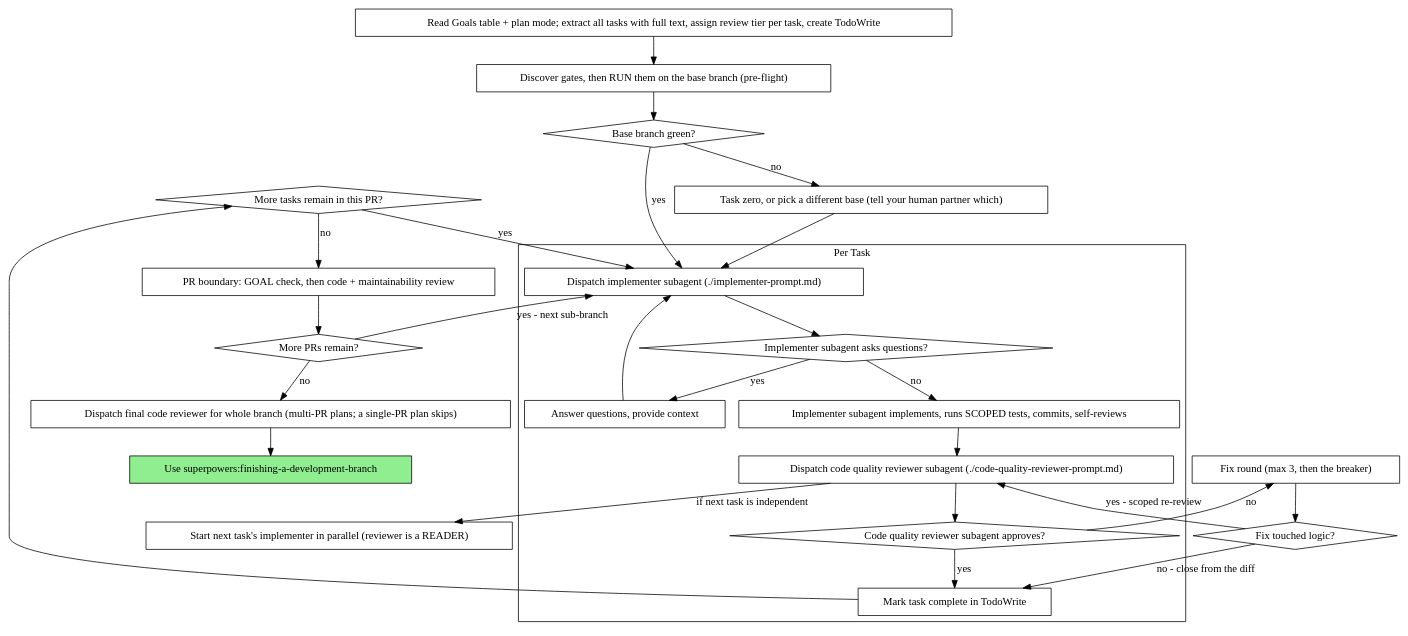
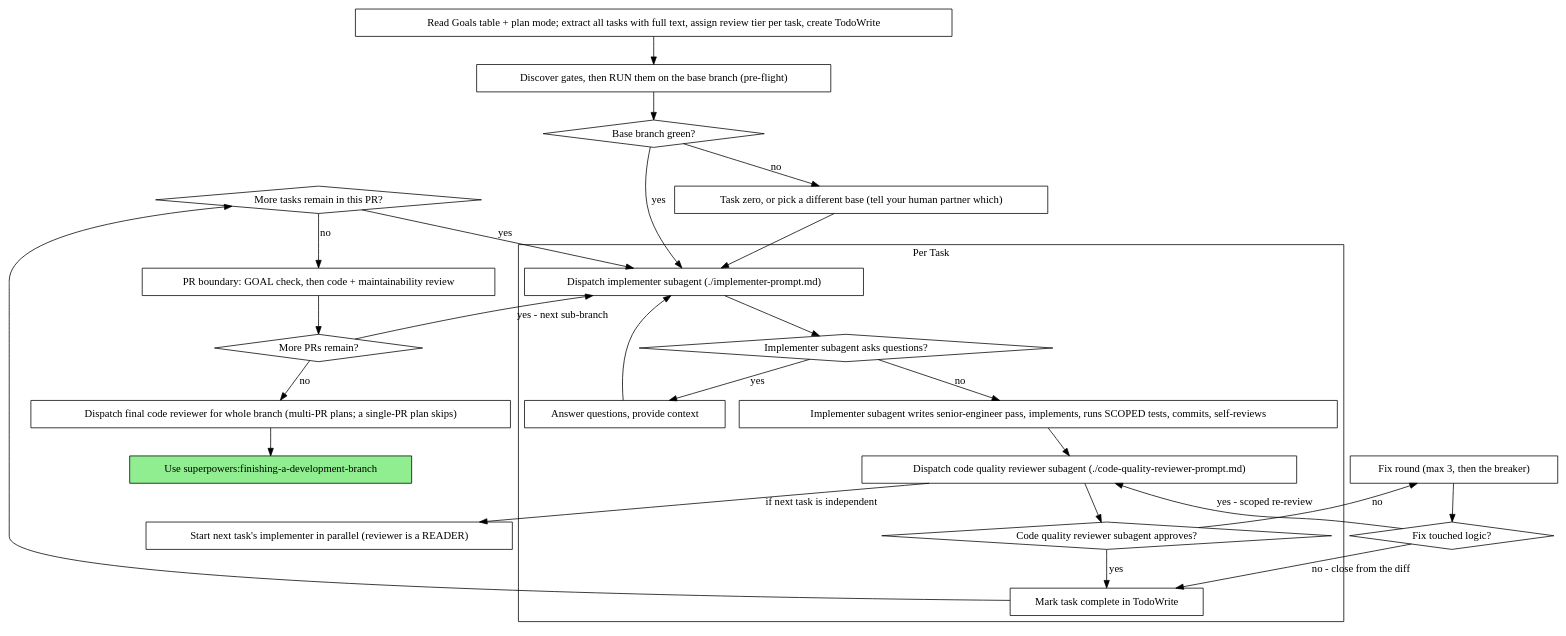
The second of 2 diagrams in skills/subagent-driven-development/SKILL.md (Fintama/swisper-superpowers), drawn with Graphviz before and after one commit. The commit also changed other lines of this file and 7 other files, not shown here.

First line of the commit message:
feat(skills): senior-engineer pass before code, in implementer, reviewer, TDD and brainstorming; release 1.9.0

````diff
--- a/skills/subagent-driven-development/SKILL.md
+++ b/skills/subagent-driven-development/SKILL.md
@@ -56,54 +56,54 @@
 ```dot
 digraph process {
     rankdir=TB;
 
     subgraph cluster_per_task {
         label="Per Task";
         "Dispatch implementer subagent (./implementer-prompt.md)" [shape=box];
         "Implementer subagent asks questions?" [shape=diamond];
         "Answer questions, provide context" [shape=box];
-        "Implementer subagent implements, runs SCOPED tests, commits, self-reviews" [shape=box];
+        "Implementer subagent writes senior-engineer pass, implements, runs SCOPED tests, commits, self-reviews" [shape=box];
         "Dispatch code quality reviewer subagent (./code-quality-reviewer-prompt.md)" [shape=box];
         "Code quality reviewer subagent approves?" [shape=diamond];
         "Mark task complete in TodoWrite" [shape=box];
     }
 
     "Read Goals table + plan mode; extract all tasks with full text, assign review tier per task, create TodoWrite" [shape=box];
     "Discover gates, then RUN them on the base branch (pre-flight)" [shape=box];
     "Base branch green?" [shape=diamond];
     "Task zero, or pick a different base (tell your human partner which)" [shape=box];
     "More tasks remain in this PR?" [shape=diamond];
     "PR boundary: GOAL check, then code + maintainability review" [shape=box];
     "More PRs remain?" [shape=diamond];
     "Dispatch final code reviewer for whole branch (multi-PR plans; a single-PR plan skips)" [shape=box];
     "Use superpowers:finishing-a-development-branch" [shape=box style=filled fillcolor=lightgreen];
 
     "Read Goals table + plan mode; extract all tasks with full text, assign review tier per task, create TodoWrite" -> "Discover gates, then RUN them on the base branch (pre-flight)";
     "Discover gates, then RUN them on the base branch (pre-flight)" -> "Base branch green?";
     "Base branch green?" -> "Task zero, or pick a different base (tell your human partner which)" [label="no"];
     "Task zero, or pick a different base (tell your human partner which)" -> "Dispatch implementer subagent (./implementer-prompt.md)";
     "Base branch green?" -> "Dispatch implementer subagent (./implementer-prompt.md)" [label="yes"];
     "Dispatch implementer subagent (./implementer-prompt.md)" -> "Implementer subagent asks questions?";
     "Implementer subagent asks questions?" -> "Answer questions, provide context" [label="yes"];
     "Answer questions, provide context" -> "Dispatch implementer subagent (./implementer-prompt.md)";
-    "Implementer subagent asks questions?" -> "Implementer subagent implements, runs SCOPED tests, commits, self-reviews" [label="no"];
-    "Implementer subagent implements, runs SCOPED tests, commits, self-reviews" -> "Dispatch code quality reviewer subagent (./code-quality-reviewer-prompt.md)";
+    "Implementer subagent asks questions?" -> "Implementer subagent writes senior-engineer pass, implements, runs SCOPED tests, commits, self-reviews" [label="no"];
+    "Implementer subagent writes senior-engineer pass, implements, runs SCOPED tests, commits, self-reviews" -> "Dispatch code quality reviewer subagent (./code-quality-reviewer-prompt.md)";
     "Dispatch code quality reviewer subagent (./code-quality-reviewer-prompt.md)" -> "Start next task's implementer in parallel (reviewer is a READER)" [label="if next task is independent"];
     "Start next task's implementer in parallel (reviewer is a READER)" [shape=box];
     "Fix round (max 3, then the breaker)" [shape=box];
     "Fix round (max 3, then the breaker)" -> "Fix touched logic?" [label=""];
     "Fix touched logic?" [shape=diamond];
     "Fix touched logic?" -> "Dispatch code quality reviewer subagent (./code-quality-reviewer-prompt.md)" [label="yes - scoped re-review"];
     "Fix touched logic?" -> "Mark task complete in TodoWrite" [label="no - close from the diff"];
     "Dispatch code quality reviewer subagent (./code-quality-reviewer-prompt.md)" -> "Code quality reviewer subagent approves?";
     "Code quality reviewer subagent approves?" -> "Fix round (max 3, then the breaker)" [label="no"];
     "Code quality reviewer subagent approves?" -> "Mark task complete in TodoWrite" [label="yes"];
     "Mark task complete in TodoWrite" -> "More tasks remain in this PR?";
     "More tasks remain in this PR?" -> "Dispatch implementer subagent (./implementer-prompt.md)" [label="yes"];
     "More tasks remain in this PR?" -> "PR boundary: GOAL check, then code + maintainability review" [label="no"];
     "PR boundary: GOAL check, then code + maintainability review" -> "More PRs remain?";
     "More PRs remain?" -> "Dispatch implementer subagent (./implementer-prompt.md)" [label="yes - next sub-branch"];
     "More PRs remain?" -> "Dispatch final code reviewer for whole branch (multi-PR plans; a single-PR plan skips)" [label="no"];
     "Dispatch final code reviewer for whole branch (multi-PR plans; a single-PR plan skips)" -> "Use superpowers:finishing-a-development-branch";
 }
 ```
````
